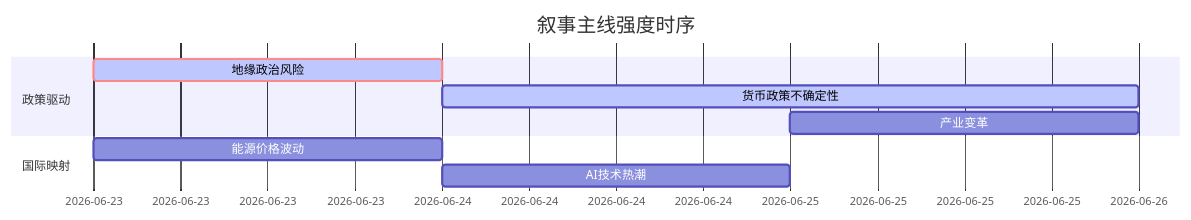
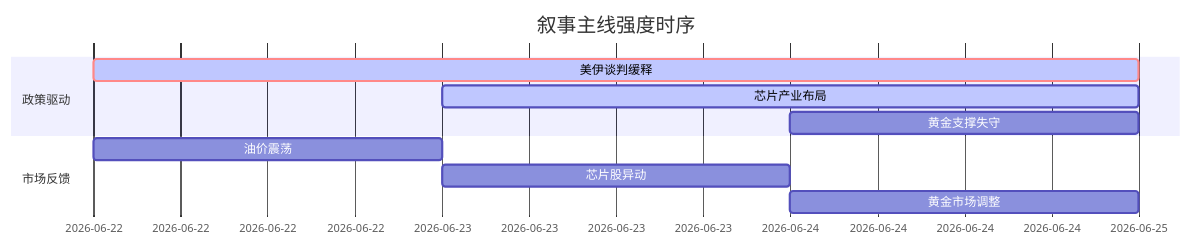
One commit to uu5zn/uu5zn.github.io changed the diagram in 5day_report.md. Above: the diagram before and after it, drawn with Mermaid. The commit also changed other lines of this file and 18 other files, not shown here.

````diff
--- a/5day_report.md
+++ b/5day_report.md
@@ -56,13 +57,14 @@
 ```mermaid
 gantt
     title 叙事主线强度时序
     dateFormat  YYYY-MM-DD
     section 政策驱动
-    地缘政治风险   :crit, active, 2026-06-23, 1d
-    货币政策不确定性   :active, 2026-06-24, 2d
-    产业变革   :2026-06-25, 1d
+    美伊谈判缓释    :crit, active, 2026-06-22, 3d
+    芯片产业布局    :active, 2026-06-23, 2d
+    黄金支撑失守    :2026-06-24, 1d
     
-    section 国际映射
-    能源价格波动   :2026-06-23, 1d
-    AI技术热潮   :2026-06-24, 1d
+    section 市场反馈
+    油价震荡        :2026-06-22, 1d
+    芯片股异动      :2026-06-23, 1d
+    黄金市场调整    :2026-06-24, 1d
 ```
````
